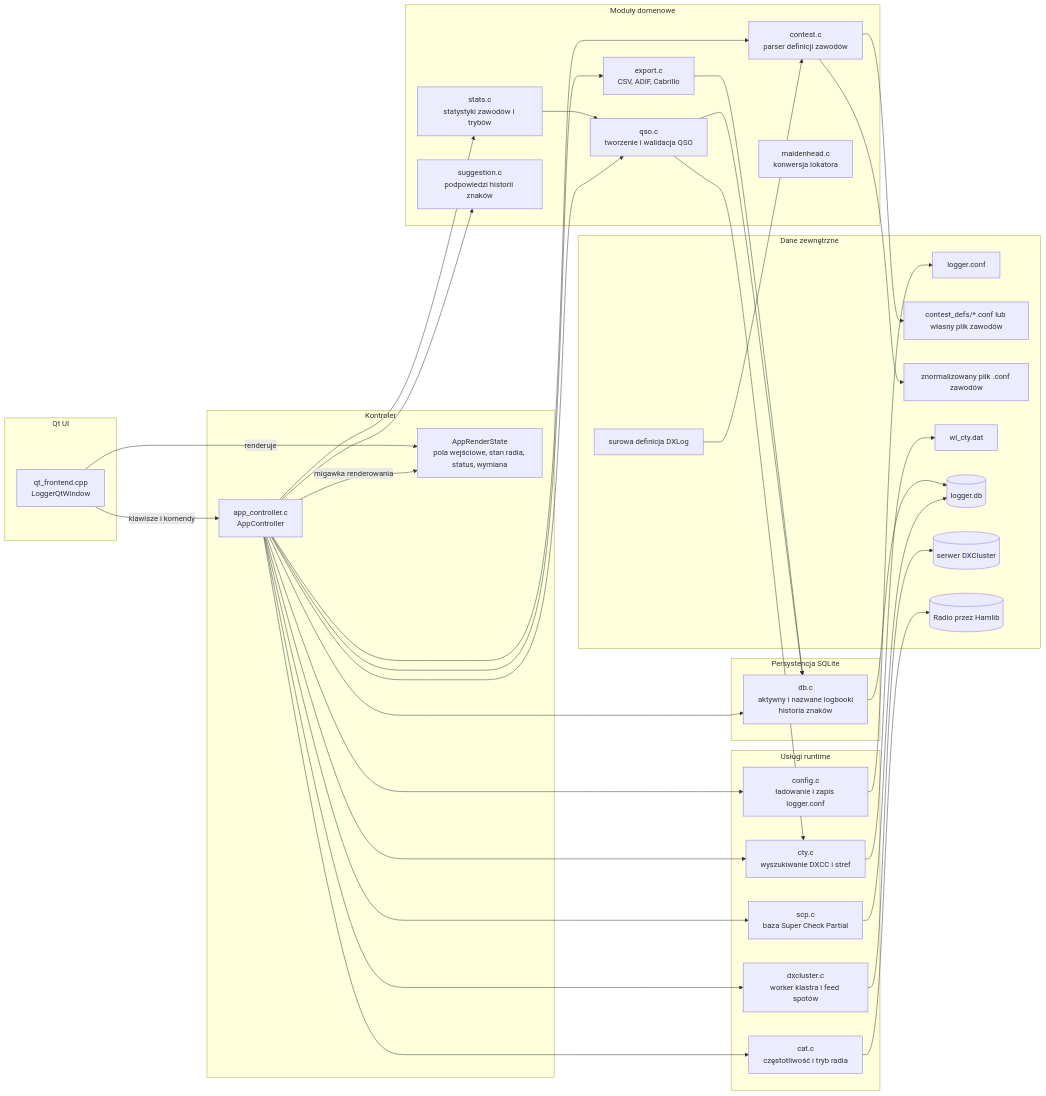
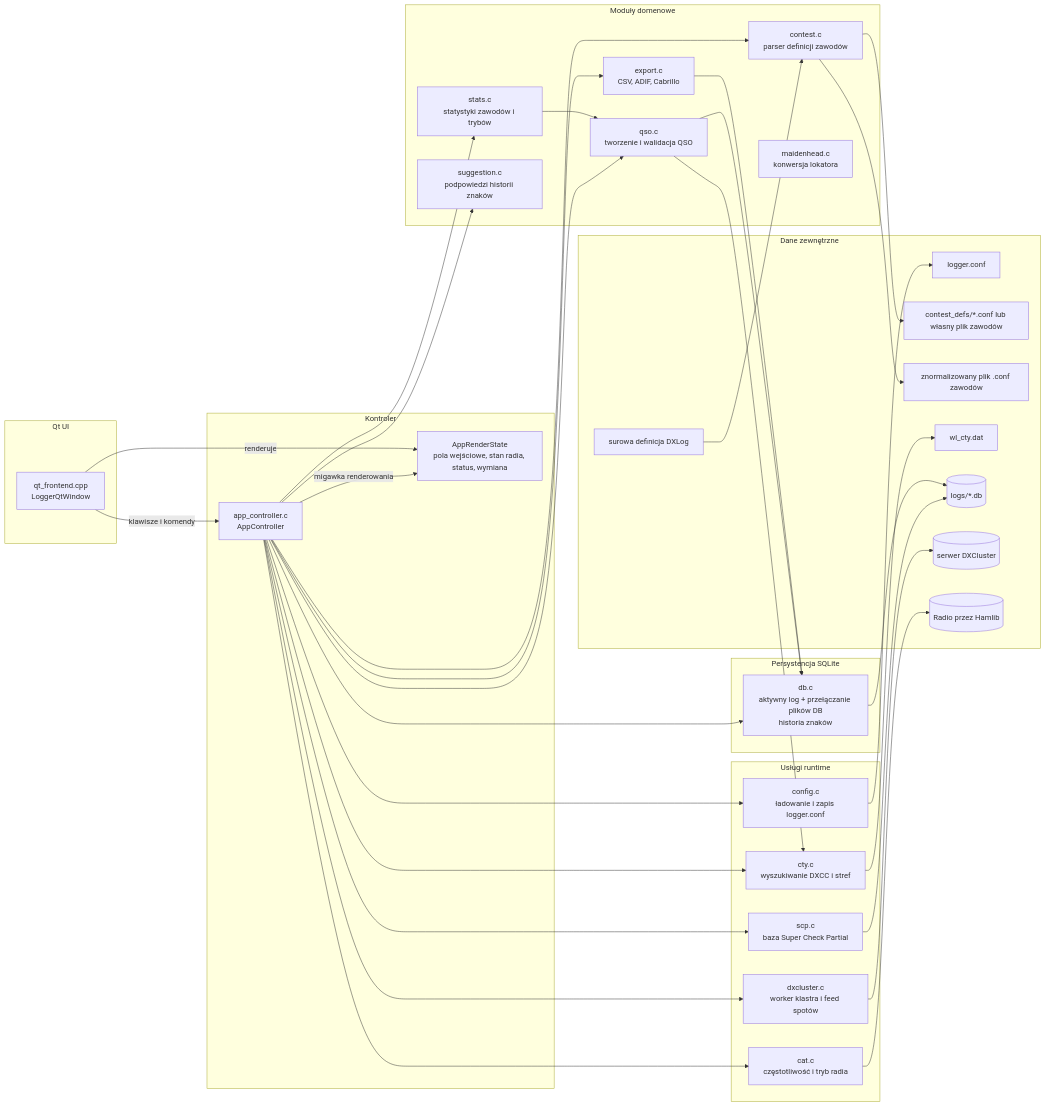
One commit to darvark/lcl changed the diagram in README.md. Above: the diagram before and after it, drawn with Mermaid. The commit also changed other lines of this file and 111 other files, not shown here.

````diff
--- a/README.md
+++ b/README.md
@@ -36,71 +36,71 @@
 ```mermaid
 flowchart LR
 	subgraph UI[Qt UI]
 		Qt[qt_frontend.cpp\nLoggerQtWindow]
 	end
 
 	subgraph Controller[Kontroler]
 		App[app_controller.c\nAppController]
 		State[AppRenderState\npola wejściowe, stan radia, status, wymiana]
 	end
 
 	subgraph Core[Moduły domenowe]
 		QSO[qso.c\ntworzenie i walidacja QSO]
 		Contest[contest.c\nparser definicji zawodów]
 		Stats[stats.c\nstatystyki zawodów i trybów]
 		Suggestion[suggestion.c\npodpowiedzi historii znaków]
 		Export[export.c\nCSV, ADIF, Cabrillo]
 		Maidenhead[maidenhead.c\nkonwersja lokatora]
 	end
 
 	subgraph Services[Usługi runtime]
 		CAT[cat.c\nczęstotliwość i tryb radia]
 		DXC[dxcluster.c\nworker klastra i feed spotów]
 		CTY[cty.c\nwyszukiwanie DXCC i stref]
 		SCP[scp.c\nbaza Super Check Partial]
 		Config[config.c\nładowanie i zapis logger.conf]
 	end
 
 	subgraph Persistence[Persystencja SQLite]
-		DB[db.c\naktywny i nazwane logbooki\nhistoria znaków]
+		DB[db.c\naktywny log + przełączanie plików DB\nhistoria znaków]
 	end
 
 	subgraph External[Dane zewnętrzne]
 		Conf[logger.conf]
 		ContestDefs[contest_defs/*.conf lub własny plik zawodów]
 		DXLogRaw[surowa definicja DXLog]
 		ImportedDef[znormalizowany plik .conf zawodów]
 		CTYFile[wl_cty.dat]
-		SQLite[(logger.db)]
+		SQLite[(logs/*.db)]
 		Cluster[(serwer DXCluster)]
 		Rig[(Radio przez Hamlib)]
 	end
 
 	Qt -->|klawisze i komendy| App
 	App -->|migawka renderowania| State
 	Qt -->|renderuje| State
 	App --> QSO
 	App --> Contest
 	App --> Stats
 	App --> Suggestion
 	App --> Export
 	App --> CAT
 	App --> DXC
 	App --> CTY
 	App --> SCP
 	App --> Config
 	App --> DB
 	QSO --> CTY
 	QSO --> DB
 	Stats --> QSO
 	Export --> DB
 	Config --> Conf
 	Contest --> ContestDefs
 	Contest --> ImportedDef
 	DXLogRaw --> Contest
 	CTY --> CTYFile
 	SCP --> SQLite
 	DB --> SQLite
 	DXC --> Cluster
 	CAT --> Rig
 ```
````
